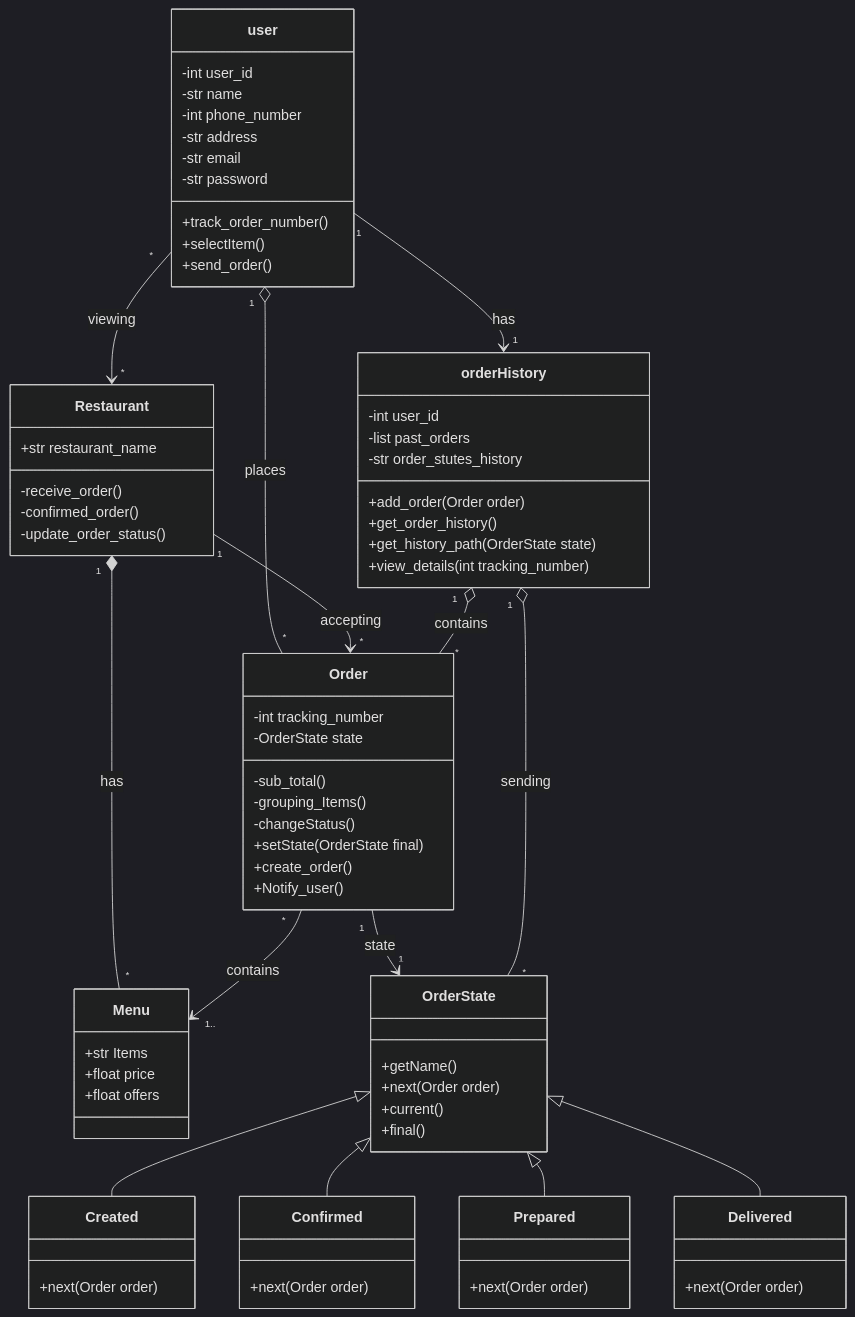
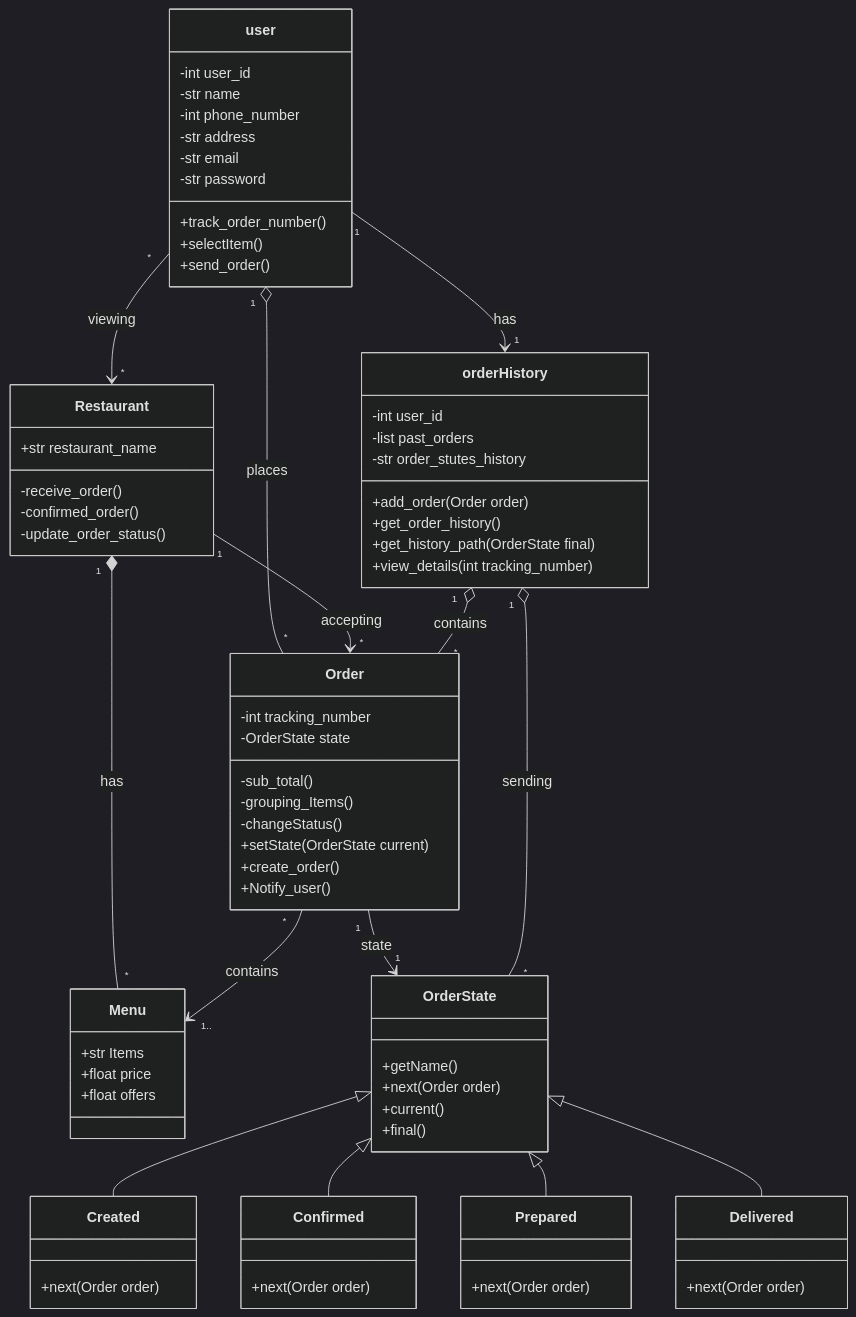
Before and after one commit to Tmadeer/Architecture_Plan_For_FoodDeliveryPlatform: the diagram in taktakah/newclassdiagram.mmd, drawn with Mermaid (dark theme).

Commit message:
trying out

```diff
--- a/taktakah/newclassdiagram.mmd
+++ b/taktakah/newclassdiagram.mmd
@@ -1,85 +1,85 @@
 classDiagram
 direction TB
 
     class user {
         -int user_id
         -str name
         -int phone_number
         -str address
         -str email
         -str password
         +track_order_number()
         +selectItem()
         +send_order()
     }
 
     class Menu {
         +str Items
         +float price
         +float offers
     }
 
     class Restaurant {
         +str restaurant_name
         -receive_order()
         -confirmed_order()
         -update_order_status()
     }
 
     class Order {
         -int tracking_number
         -OrderState state
         -sub_total()
         -grouping_Items()
         -changeStatus()
-        +setState(OrderState final)
+        +setState(OrderState current)
         +create_order()
         +Notify_user()
     }
 
     class orderHistory {
         -int user_id
         -list past_orders
 	-str order_stutes_history
         +add_order(Order order)
         +get_order_history()
-	+get_history_path(OrderState state)
+	+get_history_path(OrderState final)
         +view_details(int tracking_number)
     }
 
     class OrderState {
         +getName() 
         +next(Order order)
 	+current()
 	+final()
     }
 
     class Created {
         +next(Order order)
     }
 
     class Confirmed {
         +next(Order order)
     }
 
     class Prepared {
         +next(Order order)
     }
 
     class Delivered {
         +next(Order order)
     }
 
     user "1" o-- "*" Order : places
 Restaurant "1" --> "*" Order : accepting
 Restaurant "1" * -- "*" Menu : has
 user "*" --> "*" Restaurant : viewing
 Order "*" --> "1.." Menu : contains
 user "1" --> "1" orderHistory : has
 orderHistory "1" o-- "*" Order : contains
     Order "1" --> "1" OrderState : state
     OrderState <|-- Created
     OrderState <|-- Confirmed
     OrderState <|-- Prepared
     OrderState <|-- Delivered
 orderHistory "1" o-- "*" OrderState : sending
```
